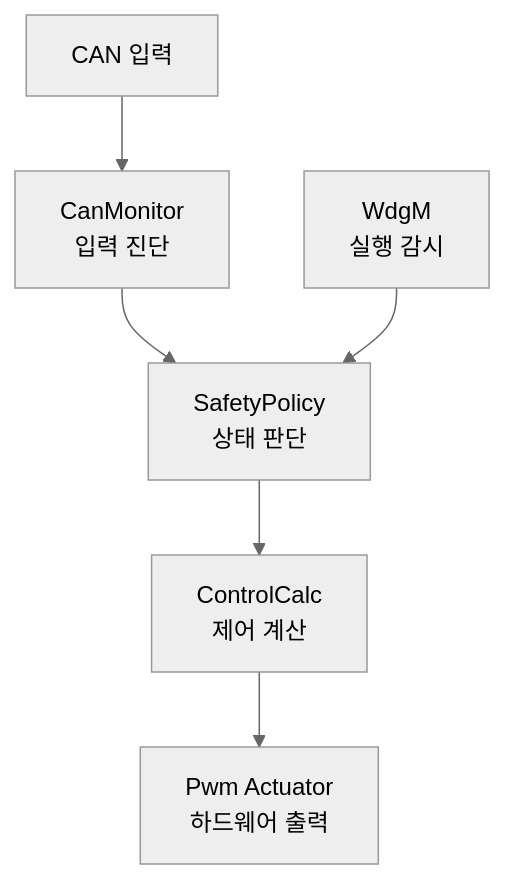
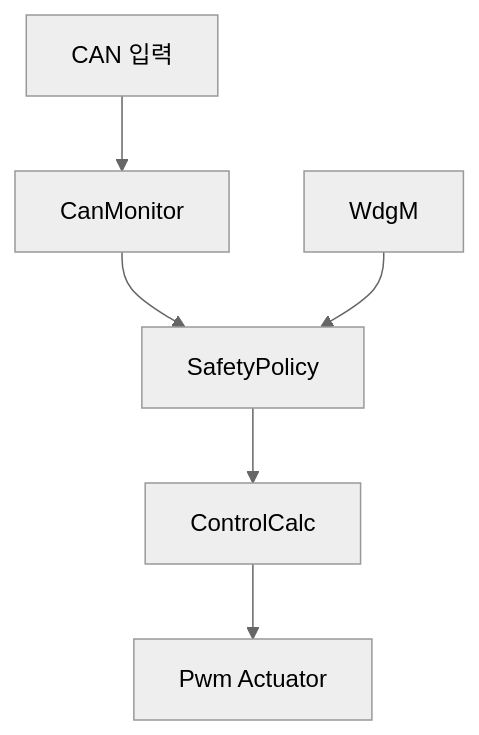
The second of 2 diagrams in workproducts/02_Concept_design.md (kwangil1245-code/ISO-26262-sbw), drawn with Mermaid (neutral theme) before and after one commit. The commit also changed other lines of this file, not shown here.

````diff
--- a/workproducts/02_Concept_design.md
+++ b/workproducts/02_Concept_design.md
@@ -42,8 +30,8 @@
 ```mermaid
 flowchart TD
-    A["CAN 입력"] --> B["CanMonitor<br>입력 진단"]
-    B --> C["SafetyPolicy<br>상태 판단"]
-    W["WdgM<br>실행 감시"] --> C
-    C --> D["ControlCalc<br>제어 계산"]
-    D --> E["Pwm Actuator<br>하드웨어 출력"]
+    A["CAN 입력"] --> B["CanMonitor"]
+    B --> C["SafetyPolicy"]
+    W["WdgM"] --> C
+    C --> D["ControlCalc"]
+    D --> E["Pwm Actuator"]
 ```
````
